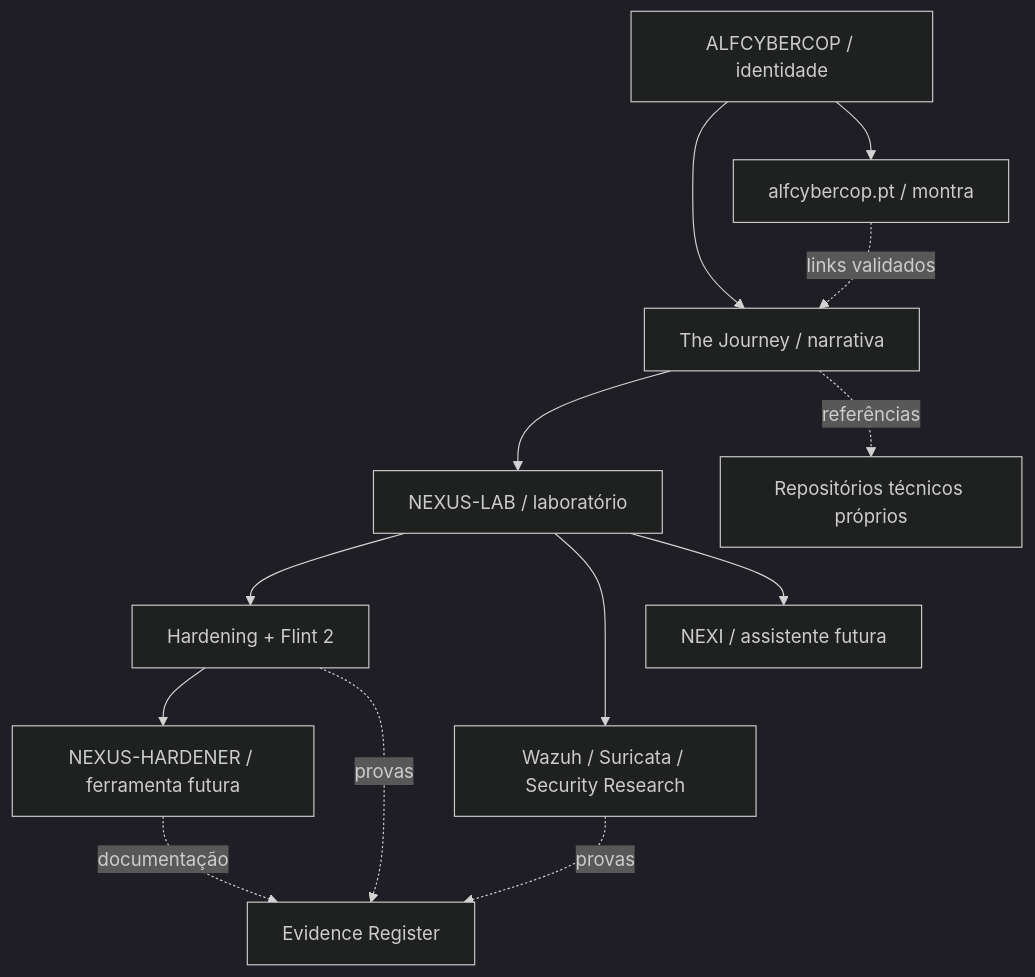
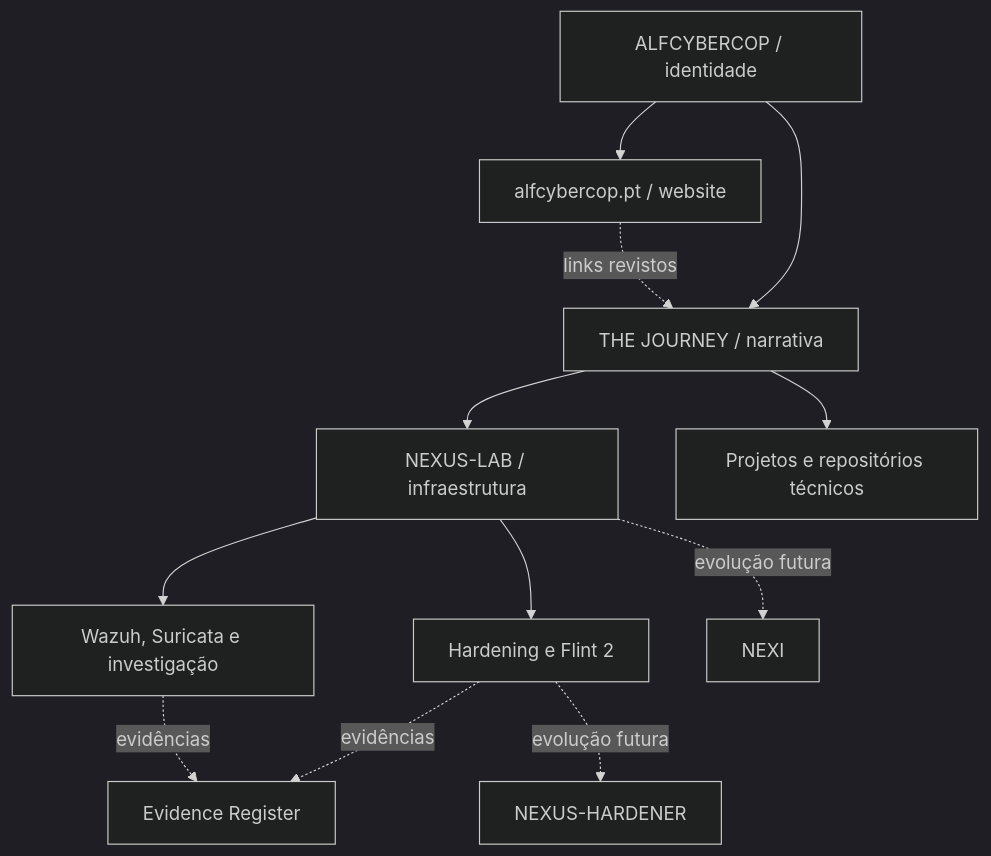
Before and after one commit to AlfCyberCop/ALFCYBERCOP-ECOSYSTEM: the diagram in INTEGRATIONS/README.md, drawn with Mermaid (dark theme). The commit also changed other lines of this file and 5 other files, not shown here.

````diff
--- a/INTEGRATIONS/README.md
+++ b/INTEGRATIONS/README.md
@@ -5,15 +17,14 @@
 ```mermaid
 flowchart TD
- A[ALFCYBERCOP / identidade] --> B[The Journey / narrativa]
- A --> C[alfcybercop.pt / montra]
- B --> D[NEXUS-LAB / laboratório]
- D --> E[Hardening + Flint 2]
- D --> F[Wazuh / Suricata / Security Research]
- E --> G[NEXUS-HARDENER / ferramenta futura]
- D --> H[NEXI / assistente futura]
- E -. provas .-> I[Evidence Register]
- F -. provas .-> I
- G -. documentação .-> I
- C -. links validados .-> B
- B -. referências .-> J[Repositórios técnicos próprios]
+    A[ALFCYBERCOP / identidade] --> B[THE JOURNEY / narrativa]
+    A --> C[alfcybercop.pt / website]
+    B --> D[NEXUS-LAB / infraestrutura]
+    D --> E[Hardening e Flint 2]
+    D --> F[Wazuh, Suricata e investigação]
+    E -. evidências .-> G[Evidence Register]
+    F -. evidências .-> G
+    B --> H[Projetos e repositórios técnicos]
+    E -. evolução futura .-> I[NEXUS-HARDENER]
+    D -. evolução futura .-> J[NEXI]
+    C -. links revistos .-> B
 ```
````
